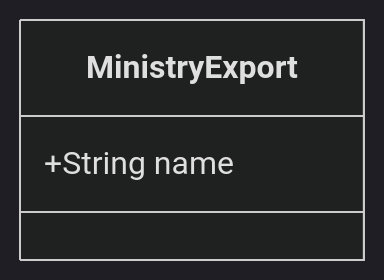
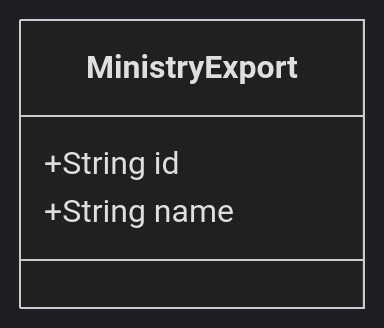
Before and after one commit to Hack23/cia: the diagram in json-export-specs/schemas/ministry-schema-validated.md, drawn with Mermaid (dark theme). The commit also changed other lines of this file and 9 other files, not shown here.

````diff
--- a/json-export-specs/schemas/ministry-schema-validated.md
+++ b/json-export-specs/schemas/ministry-schema-validated.md
@@ -19,6 +19,7 @@
 ```mermaid
 classDiagram
     class MinistryExport {
+        +String id
         +String name
     }
 ```
````
